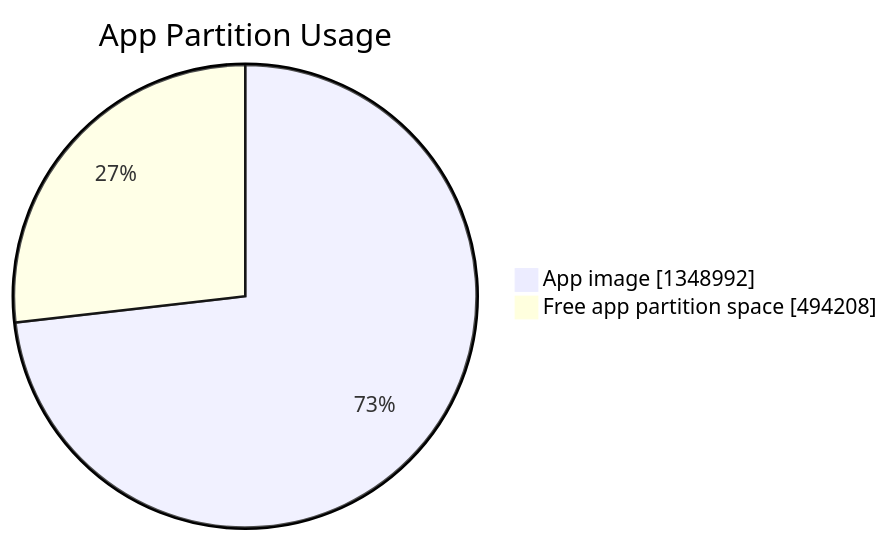
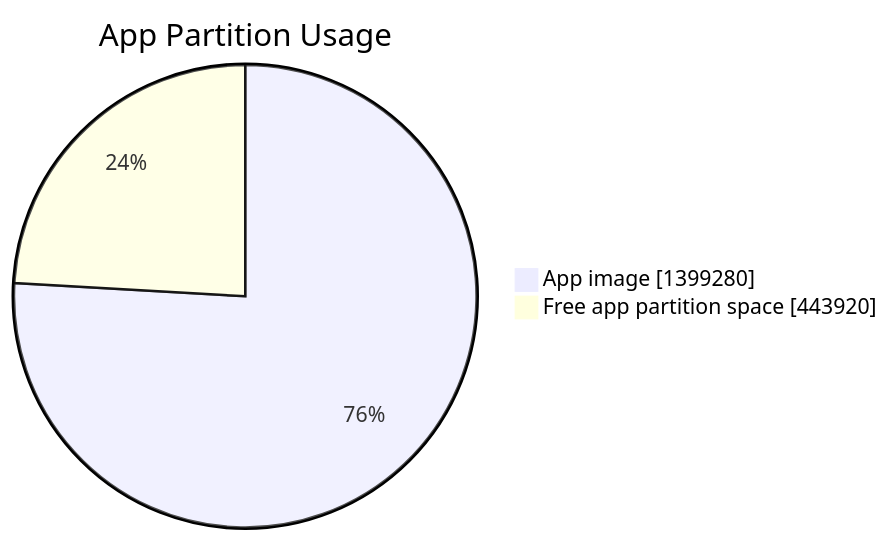
Before and after one commit to marcelpetrick/esp32-fever-dream: the first of 2 diagrams in documents/firmware_breakdown.md, drawn with Mermaid. The commit also changed other lines of this file and 7 other files, not shown here.

````diff
--- a/documents/firmware_breakdown.md
+++ b/documents/firmware_breakdown.md
@@ -17,6 +17,6 @@
 ```mermaid
 pie showData
     title App Partition Usage
-    "App image" : 1348992
-    "Free app partition space" : 494208
+    "App image" : 1399280
+    "Free app partition space" : 443920
 ```
````
